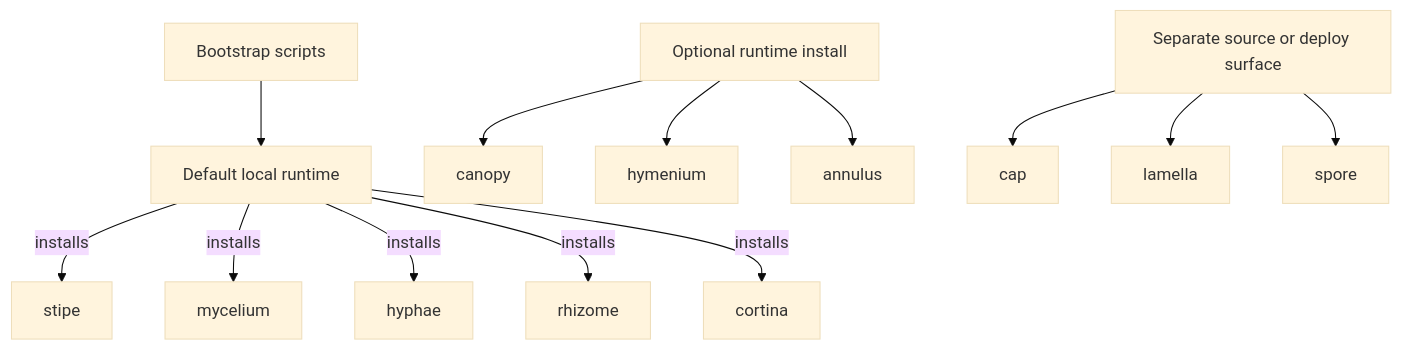
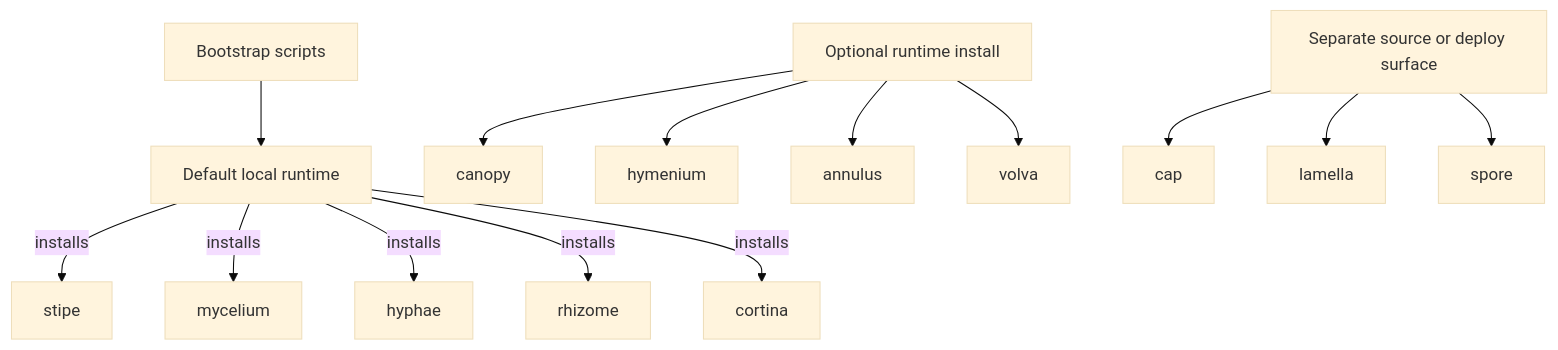
Before and after one commit to basidiocarp/.github: the diagram in docs/getting-started/install-scope.md, drawn with Mermaid (base theme). The commit also changed other lines of this file and 3 other files, not shown here.

````diff
--- a/docs/getting-started/install-scope.md
+++ b/docs/getting-started/install-scope.md
@@ -20,15 +20,16 @@
 ```mermaid
 flowchart TD
   Bootstrap["Bootstrap scripts"] --> Default["Default local runtime"]
   Default -->|" installs "| Stipe["stipe"]
   Default -->|" installs "| Mycelium["mycelium"]
   Default -->|" installs "| Hyphae["hyphae"]
   Default -->|" installs "| Rhizome["rhizome"]
   Default -->|" installs "| Cortina["cortina"]
   Optional["Optional runtime install"] --> Canopy["canopy"]
   Optional --> Hymenium["hymenium"]
   Optional --> Annulus["annulus"]
+  Optional --> Volva["volva"]
   Separate["Separate source or deploy surface"] --> Cap["cap"]
   Separate --> Lamella["lamella"]
   Separate --> Spore["spore"]
 ```
````
